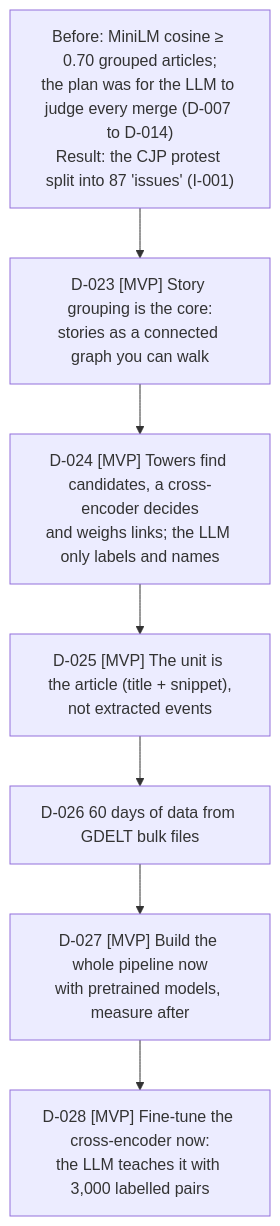
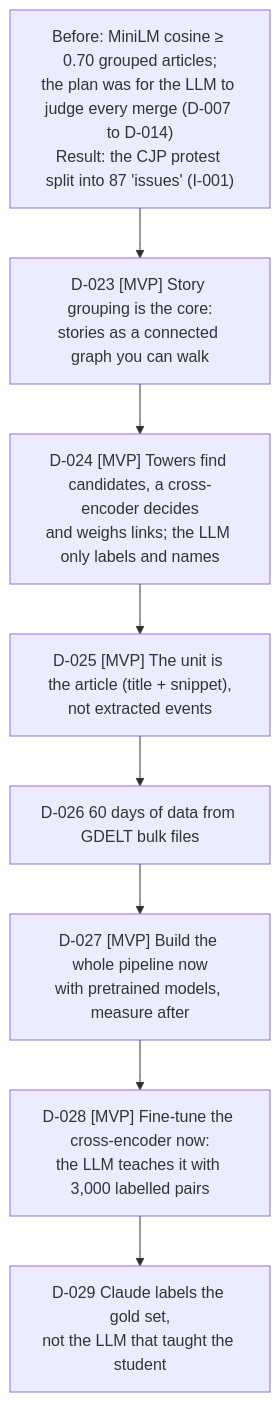
One commit to joybratasarkar/smriti changed diagram 11 of 11 in docs/WORKFLOW.md. Above: the diagram before and after it, drawn with Mermaid. The commit also changed other lines of this file and 26 other files, not shown here.

````diff
--- a/docs/WORKFLOW.md
+++ b/docs/WORKFLOW.md
@@ -253,10 +260,11 @@
 ```mermaid
 flowchart TD
     OLD["Before: MiniLM cosine ≥ 0.70 grouped articles;<br/>the plan was for the LLM to judge every merge (D-007 to D-014)<br/>Result: the CJP protest split into 87 'issues' (I-001)"]
     OLD --> D23["D-023 [MVP] Story grouping is the core:<br/>stories as a connected graph you can walk"]
     D23 --> D24["D-024 [MVP] Towers find candidates, a cross-encoder decides<br/>and weighs links; the LLM only labels and names"]
     D24 --> D25["D-025 [MVP] The unit is the article (title + snippet),<br/>not extracted events"]
     D25 --> D26["D-026 60 days of data from GDELT bulk files"]
     D26 --> D27["D-027 [MVP] Build the whole pipeline now<br/>with pretrained models, measure after"]
     D27 --> D28["D-028 [MVP] Fine-tune the cross-encoder now:<br/>the LLM teaches it with 3,000 labelled pairs"]
+    D28 --> D29["D-029 Claude labels the gold set,<br/>not the LLM that taught the student"]
 ```
````
